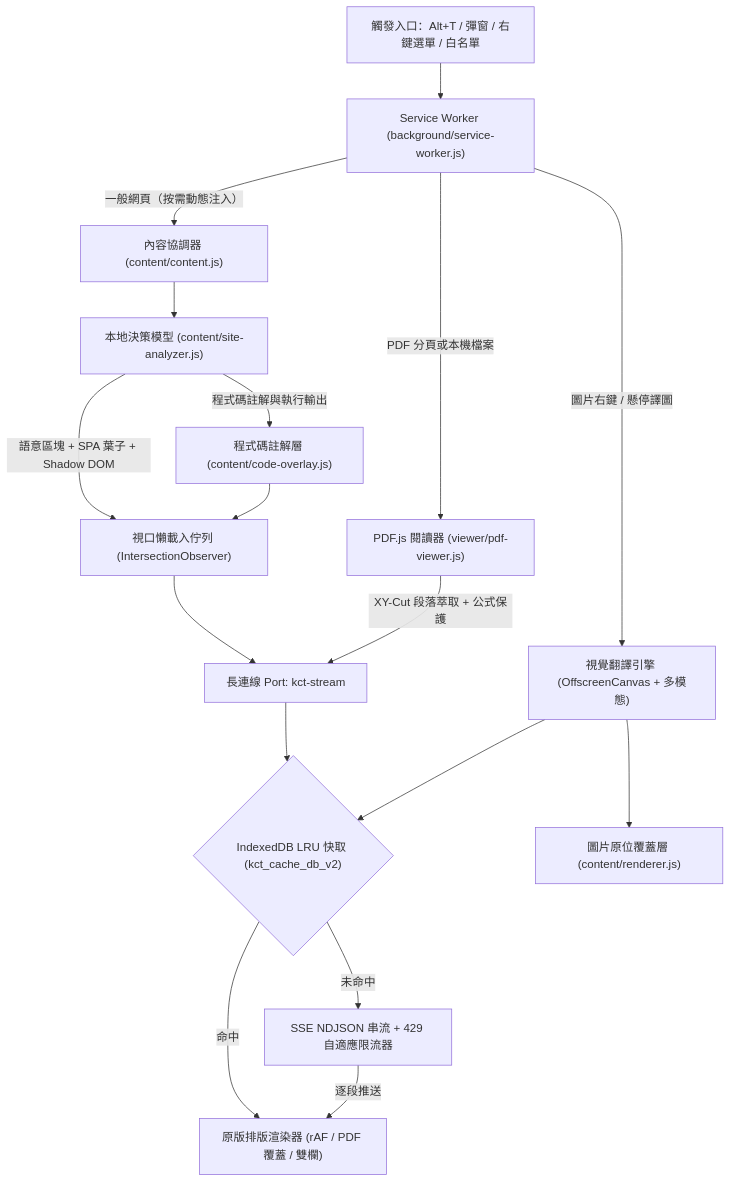
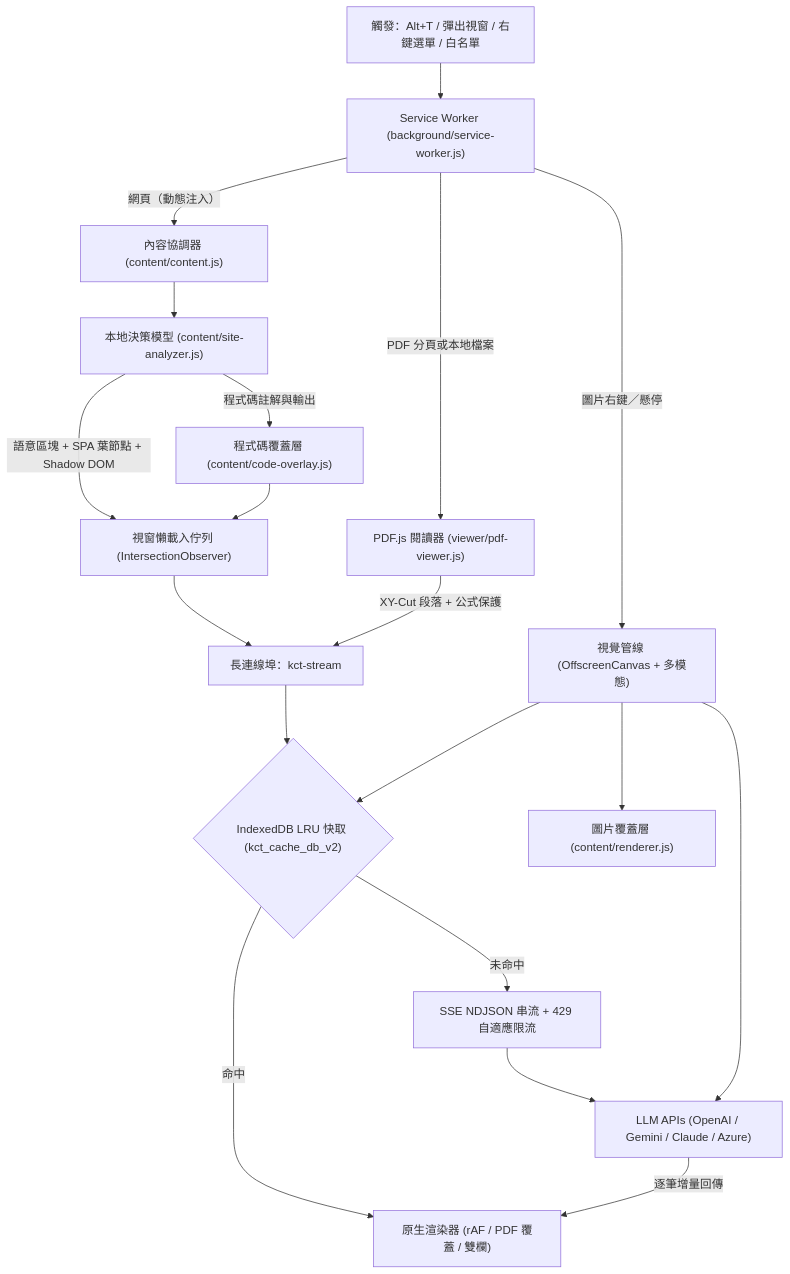
Before and after one commit to Chih-Kai-Wang/kaggle-course-translator: the first of 2 diagrams in README.zh-TW.md, drawn with Mermaid. The commit also changed other lines of this file and 23 other files, not shown here.

First line of the commit message:
feat(v2.4.0): update notice, Claude & Azure OpenAI providers, README rewrite with local decision-model diagram

````diff
--- a/README.zh-TW.md
+++ b/README.zh-TW.md
@@ -65,19 +76,21 @@
 ```mermaid
 flowchart TD
-    Trigger["觸發入口：Alt+T / 彈窗 / 右鍵選單 / 白名單"] --> SW["Service Worker (background/service-worker.js)"]
-    SW -->|"一般網頁（按需動態注入）"| Content["內容協調器 (content/content.js)"]
-    SW -->|"PDF 分頁或本機檔案"| PDF["PDF.js 閱讀器 (viewer/pdf-viewer.js)"]
-    SW -->|"圖片右鍵 / 懸停譯圖"| Vision["視覺翻譯引擎 (OffscreenCanvas + 多模態)"]
+    Trigger["觸發：Alt+T / 彈出視窗 / 右鍵選單 / 白名單"] --> SW["Service Worker (background/service-worker.js)"]
+    SW -->|"網頁（動態注入）"| Content["內容協調器 (content/content.js)"]
+    SW -->|"PDF 分頁或本地檔案"| PDF["PDF.js 閱讀器 (viewer/pdf-viewer.js)"]
+    SW -->|"圖片右鍵／懸停"| Vision["視覺管線 (OffscreenCanvas + 多模態)"]
     Content --> Analyzer["本地決策模型 (content/site-analyzer.js)"]
-    Analyzer -->|"語意區塊 + SPA 葉子 + Shadow DOM"| Queue["視口懶載入佇列 (IntersectionObserver)"]
-    Analyzer -->|"程式碼註解與執行輸出"| Code["程式碼註解層 (content/code-overlay.js)"]
+    Analyzer -->|"語意區塊 + SPA 葉節點 + Shadow DOM"| Queue["視窗懶載入佇列 (IntersectionObserver)"]
+    Analyzer -->|"程式碼註解與輸出"| Code["程式碼覆蓋層 (content/code-overlay.js)"]
     Code --> Queue
-    Queue --> Port["長連線 Port: kct-stream"]
-    PDF -->|"XY-Cut 段落萃取 + 公式保護"| Port
+    Queue --> Port["長連線埠：kct-stream"]
+    PDF -->|"XY-Cut 段落 + 公式保護"| Port
     Port --> Cache{"IndexedDB LRU 快取 (kct_cache_db_v2)"}
-    Cache -->|"命中"| Render["原版排版渲染器 (rAF / PDF 覆蓋 / 雙欄)"]
-    Cache -->|"未命中"| Stream["SSE NDJSON 串流 + 429 自適應限流器"]
-    Stream -->|"逐段推送"| Render
+    Cache -->|"命中"| Render["原生渲染器 (rAF / PDF 覆蓋 / 雙欄)"]
+    Cache -->|"未命中"| Stream["SSE NDJSON 串流 + 429 自適應限流"]
+    Stream --> LLM["LLM APIs (OpenAI / Gemini / Claude / Azure)"]
+    LLM -->|"逐筆增量回傳"| Render
     Vision --> Cache
-    Vision --> ImgOverlay["圖片原位覆蓋層 (content/renderer.js)"]
+    Vision --> LLM
+    Vision --> ImgOverlay["圖片覆蓋層 (content/renderer.js)"]
 ```
````
